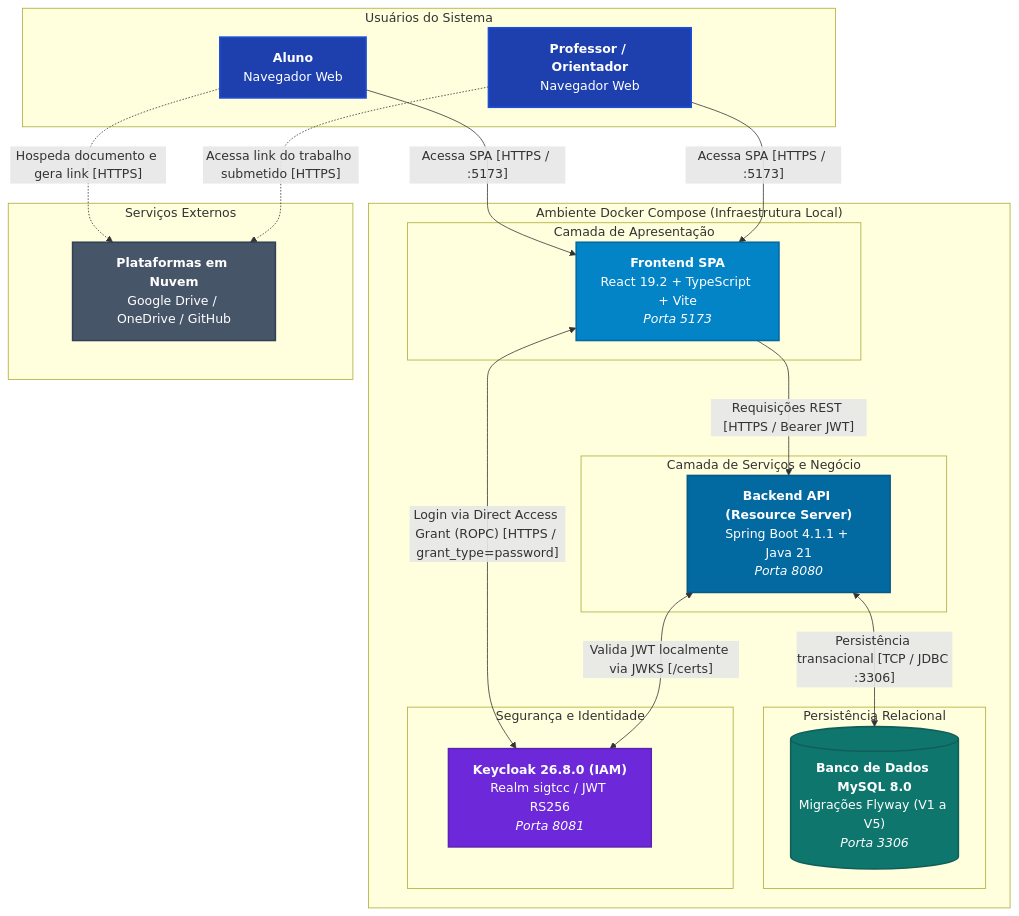
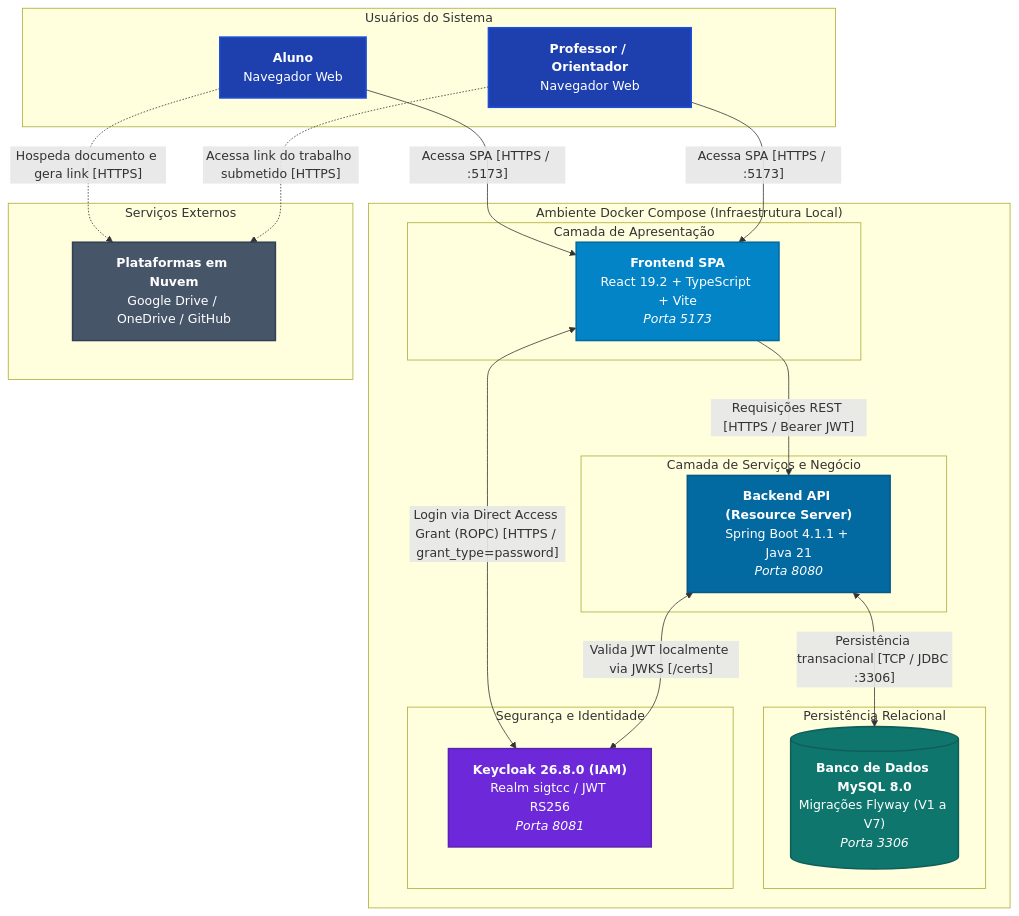
One commit to IFSC-ES2/es2-2026_2-equipe-3 changed the second of 2 diagrams in docs/ARQUITETURA.md. Above: the diagram before and after it, drawn with Mermaid. The commit also changed other lines of this file and 1 other file, not shown here.

Commit message:
docs(arquitetura): atualiza documento de arquitetura e diagrama c2 para a sprint 4

````diff
--- a/docs/ARQUITETURA.md
+++ b/docs/ARQUITETURA.md
@@ -70,48 +70,48 @@
 ```mermaid
 flowchart TB
     classDef actor fill:#1e40af,stroke:#1d4ed8,stroke-width:2px,color:#ffffff;
     classDef front fill:#0284c7,stroke:#0369a1,stroke-width:2px,color:#ffffff;
     classDef back fill:#0369a1,stroke:#075985,stroke-width:2px,color:#ffffff;
     classDef db fill:#0f766e,stroke:#115e59,stroke-width:2px,color:#ffffff;
     classDef iam fill:#6d28d9,stroke:#5b21b6,stroke-width:2px,color:#ffffff;
     classDef cloud fill:#475569,stroke:#334155,stroke-width:2px,color:#ffffff;
 
     subgraph Atores["Usuários do Sistema"]
         aluno["<b>Aluno</b><br/>Navegador Web"]:::actor
         professor["<b>Professor / Orientador</b><br/>Navegador Web"]:::actor
     end
 
     subgraph Docker["Ambiente Docker Compose (Infraestrutura Local)"]
         subgraph FrontCont["Camada de Apresentação"]
             frontend["<b>Frontend SPA</b><br/>React 19.2 + TypeScript + Vite<br/><i>Porta 5173</i>"]:::front
         end
 
         subgraph BackCont["Camada de Serviços e Negócio"]
             backend["<b>Backend API (Resource Server)</b><br/>Spring Boot 4.1.1 + Java 21<br/><i>Porta 8080</i>"]:::back
         end
 
         subgraph DbCont["Persistência Relacional"]
-            db[("<b>Banco de Dados MySQL 8.0</b><br/>Migrações Flyway (V1 a V5)<br/><i>Porta 3306</i>")]:::db
+            db[("<b>Banco de Dados MySQL 8.0</b><br/>Migrações Flyway (V1 a V7)<br/><i>Porta 3306</i>")]:::db
         end
 
         subgraph IamCont["Segurança e Identidade"]
             keycloak["<b>Keycloak 26.8.0 (IAM)</b><br/>Realm sigtcc / JWT RS256<br/><i>Porta 8081</i>"]:::iam
         end
     end
 
     subgraph NuvemExt["Serviços Externos"]
         nuvem["<b>Plataformas em Nuvem</b><br/>Google Drive / OneDrive / GitHub"]:::cloud
     end
 
     aluno -->|"Acessa SPA [HTTPS / :5173]"| frontend
     professor -->|"Acessa SPA [HTTPS / :5173]"| frontend
 
     frontend <-->|"Login via Direct Access Grant (ROPC) [HTTPS / grant_type=password]"| keycloak
     frontend -->|"Requisições REST [HTTPS / Bearer JWT]"| backend
 
     backend <-->|"Valida JWT localmente via JWKS [/certs]"| keycloak
     backend <-->|"Persistência transacional [TCP / JDBC :3306]"| db
 
     aluno -.->|"Hospeda documento e gera link [HTTPS]"| nuvem
     professor -.->|"Acessa link do trabalho submetido [HTTPS]"| nuvem
 ```
````
